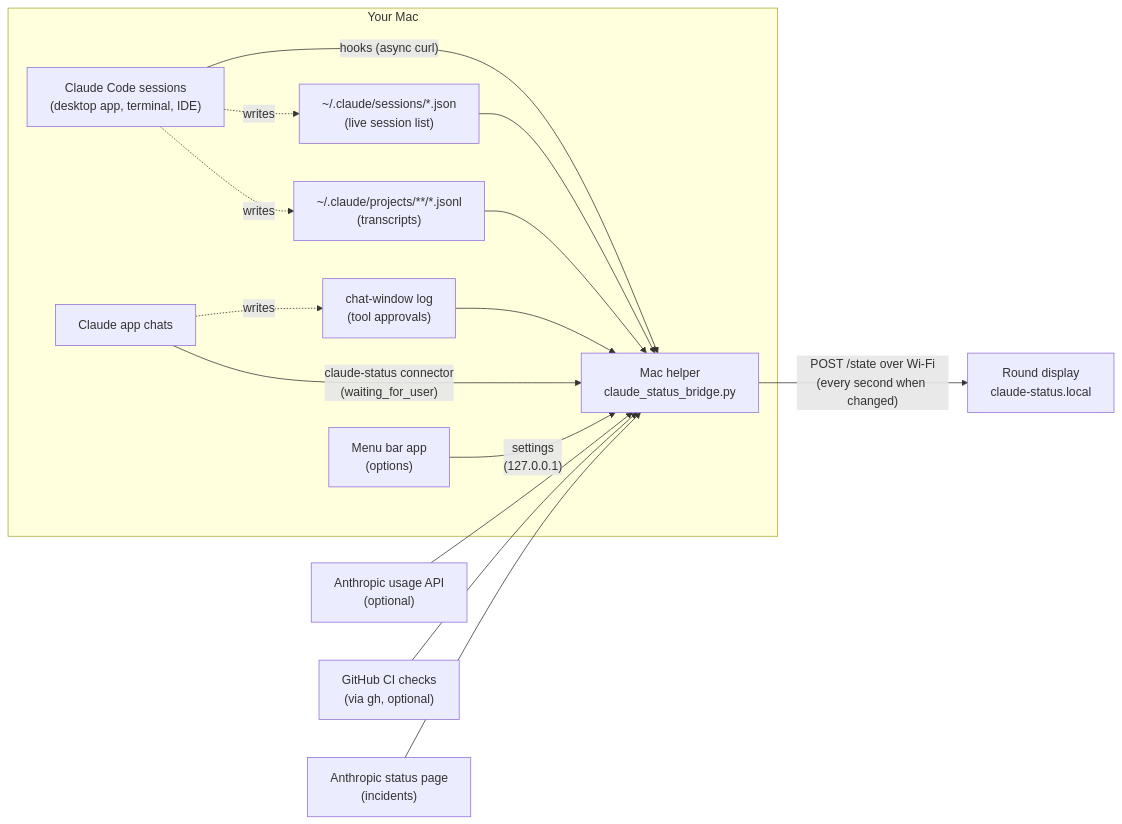
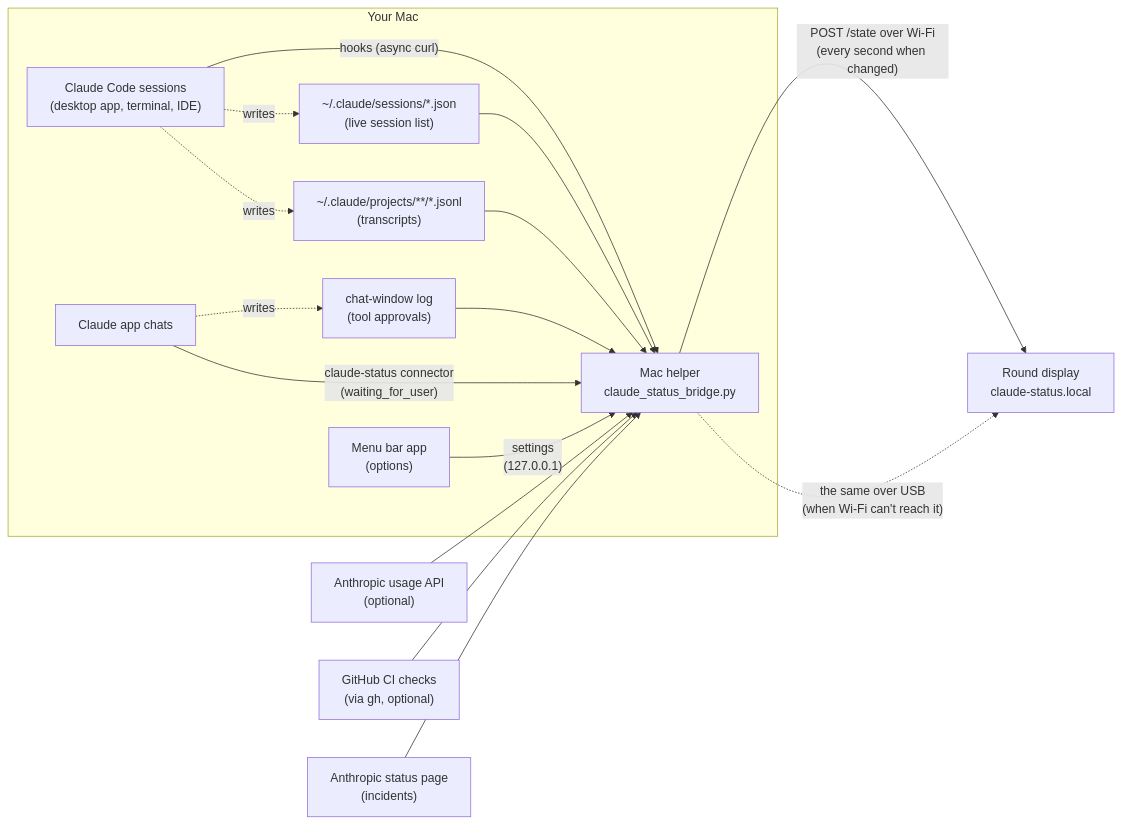
Before and after one commit to boujois/waveshare-esp32-claude-monitor: the diagram in README.md, drawn with Mermaid. The commit also changed other lines of this file and 5 other files, not shown here.

First line of the commit message:
Talk to the display over USB when Wi-Fi can't reach it

````diff
--- a/README.md
+++ b/README.md
@@ -98,24 +99,25 @@
 ```mermaid
 flowchart LR
     subgraph Mac["Your Mac"]
         CC["Claude Code sessions<br/>(desktop app, terminal, IDE)"]
         S["~/.claude/sessions/*.json<br/>(live session list)"]
         T["~/.claude/projects/**/*.jsonl<br/>(transcripts)"]
         B["Mac helper<br/>claude_status_bridge.py"]
         CC -- "hooks (async curl)" --> B
         CC -.writes.-> S
         CC -.writes.-> T
         S --> B
         T --> B
         CH["Claude app chats"]
         L["chat-window log<br/>(tool approvals)"]
         CH -.writes.-> L
         L --> B
         CH -- "claude-status connector<br/>(waiting_for_user)" --> B
         MB["Menu bar app<br/>(options)"] -- "settings<br/>(127.0.0.1)" --> B
     end
     A["Anthropic usage API<br/>(optional)"] --> B
     G["GitHub CI checks<br/>(via gh, optional)"] --> B
     SP["Anthropic status page<br/>(incidents)"] --> B
     B -- "POST /state over Wi-Fi<br/>(every second when changed)" --> D["Round display<br/>claude-status.local"]
+    B -. "the same over USB<br/>(when Wi-Fi can't reach it)" .-> D
 ```
````
